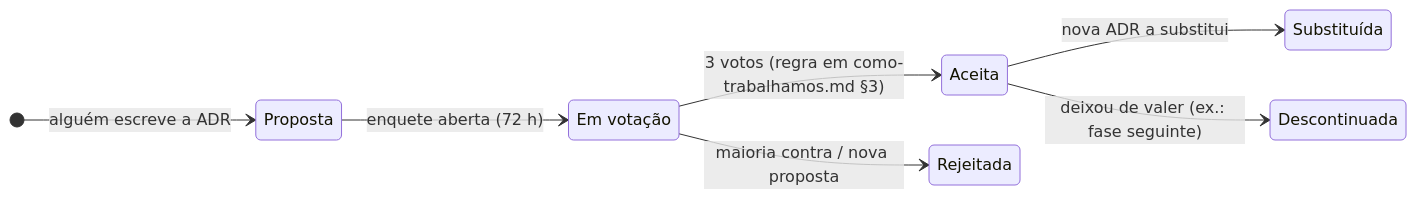
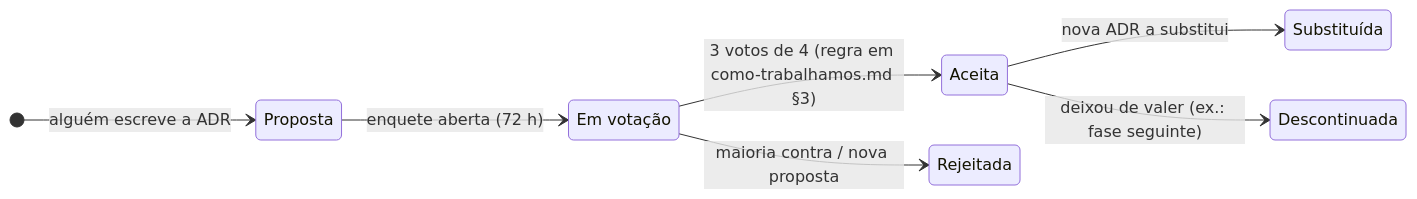
The diagram in docs/02-adr/README.md (HermandoThiago/FIAP-SOAT), drawn with Mermaid before and after one commit. The commit also changed other lines of this file and 42 other files, not shown here.

````diff
--- a/docs/02-adr/README.md
+++ b/docs/02-adr/README.md
@@ -8,12 +8,12 @@
 ```mermaid
 stateDiagram-v2
     direction LR
     [*] --> Proposta: alguém escreve a ADR
     Proposta --> EmVotacao: enquete aberta (72 h)
-    EmVotacao --> Aceita: 3 votos (regra em como-trabalhamos.md §3)
+    EmVotacao --> Aceita: 3 votos de 4 (regra em como-trabalhamos.md §3)
     EmVotacao --> Rejeitada: maioria contra / nova proposta
     Aceita --> Substituida: nova ADR a substitui
     Aceita --> Descontinuada: deixou de valer (ex.: fase seguinte)
     state "Em votação" as EmVotacao
     state "Substituída" as Substituida
 ```
````
